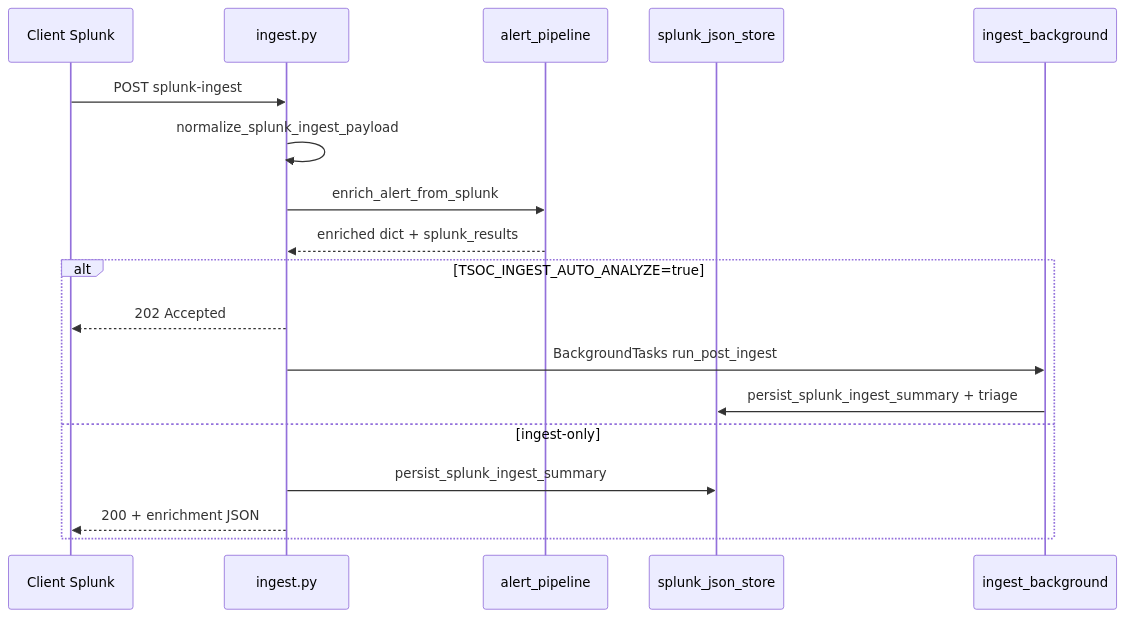
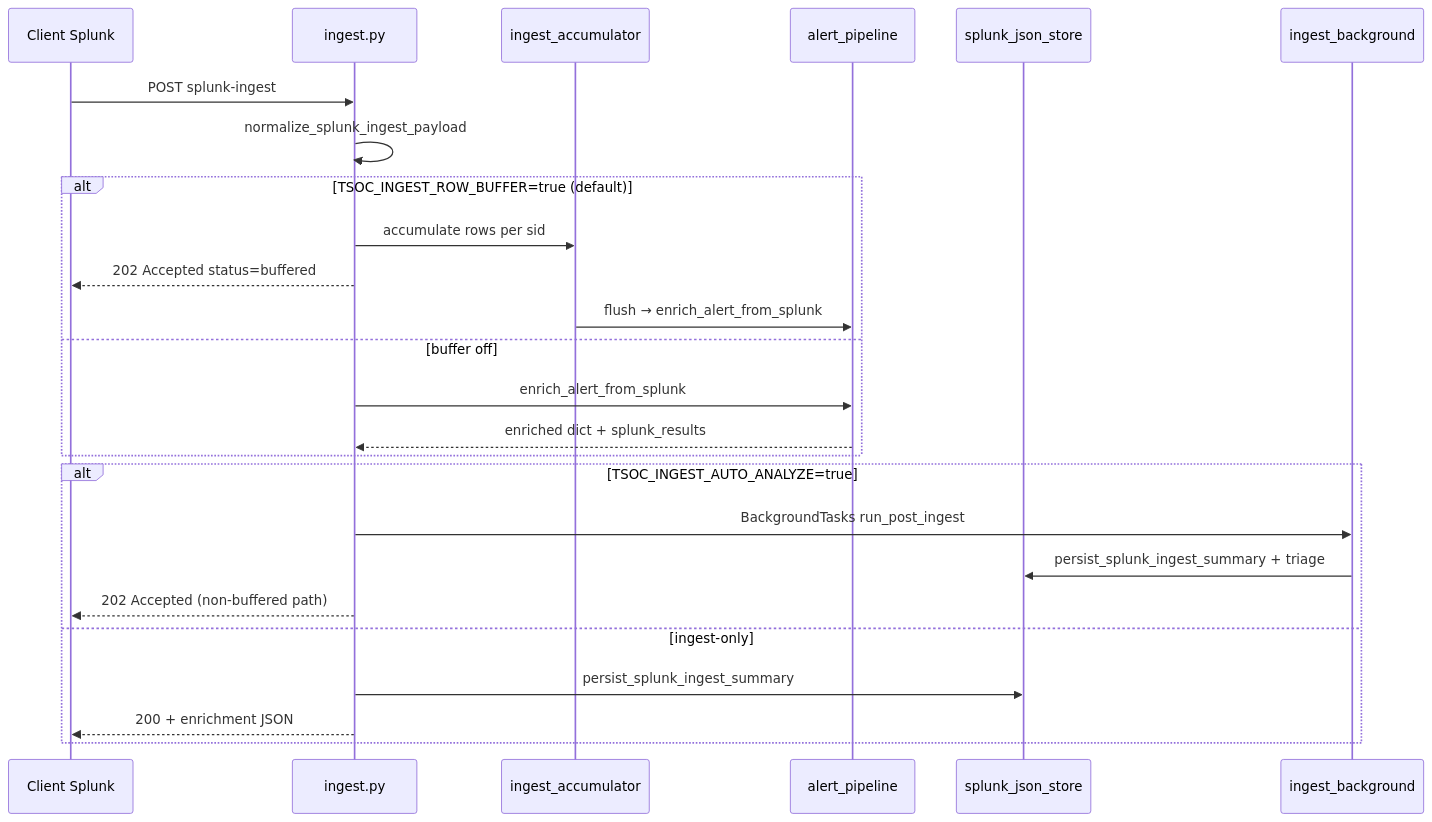
One commit to Sepideh-Asadollahi/ThinkingSOC-splunk-hackathon changed the second of 2 diagrams in docs/03-architecture.md. Above: the diagram before and after it, drawn with Mermaid. The commit also changed other lines of this file and 55 other files, not shown here.

````diff
--- a/docs/03-architecture.md
+++ b/docs/03-architecture.md
@@ -90,21 +90,28 @@
 ```mermaid
 sequenceDiagram
   participant C as Client Splunk
   participant I as ingest.py
+  participant BUF as ingest_accumulator
   participant P as alert_pipeline
   participant S as splunk_json_store
   participant B as ingest_background
 
   C->>I: POST splunk-ingest
   I->>I: normalize_splunk_ingest_payload
-  I->>P: enrich_alert_from_splunk
-  P-->>I: enriched dict + splunk_results
+  alt TSOC_INGEST_ROW_BUFFER=true (default)
+    I->>BUF: accumulate rows per sid
+    I-->>C: 202 Accepted status=buffered
+    BUF->>P: flush → enrich_alert_from_splunk
+  else buffer off
+    I->>P: enrich_alert_from_splunk
+    P-->>I: enriched dict + splunk_results
+  end
   alt TSOC_INGEST_AUTO_ANALYZE=true
-    I-->>C: 202 Accepted
     I->>B: BackgroundTasks run_post_ingest
     B->>S: persist_splunk_ingest_summary + triage
+    I-->>C: 202 Accepted (non-buffered path)
   else ingest-only
     I->>S: persist_splunk_ingest_summary
     I-->>C: 200 + enrichment JSON
   end
 ```
````
